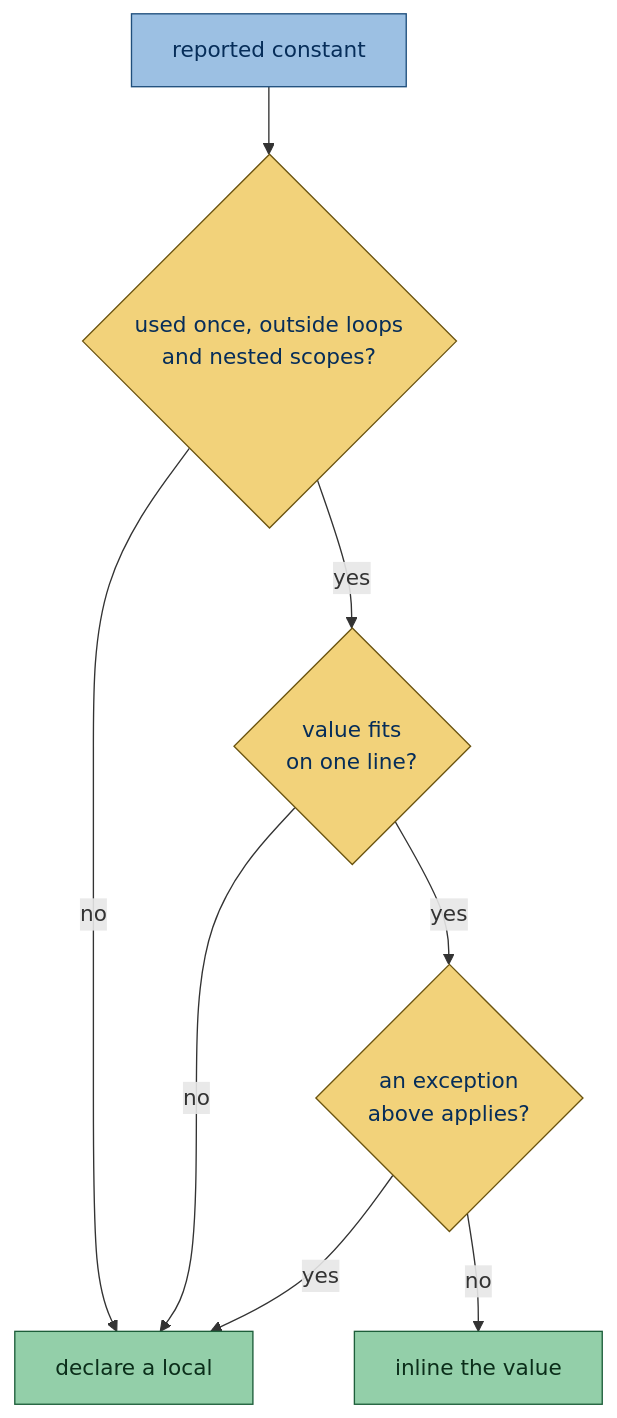
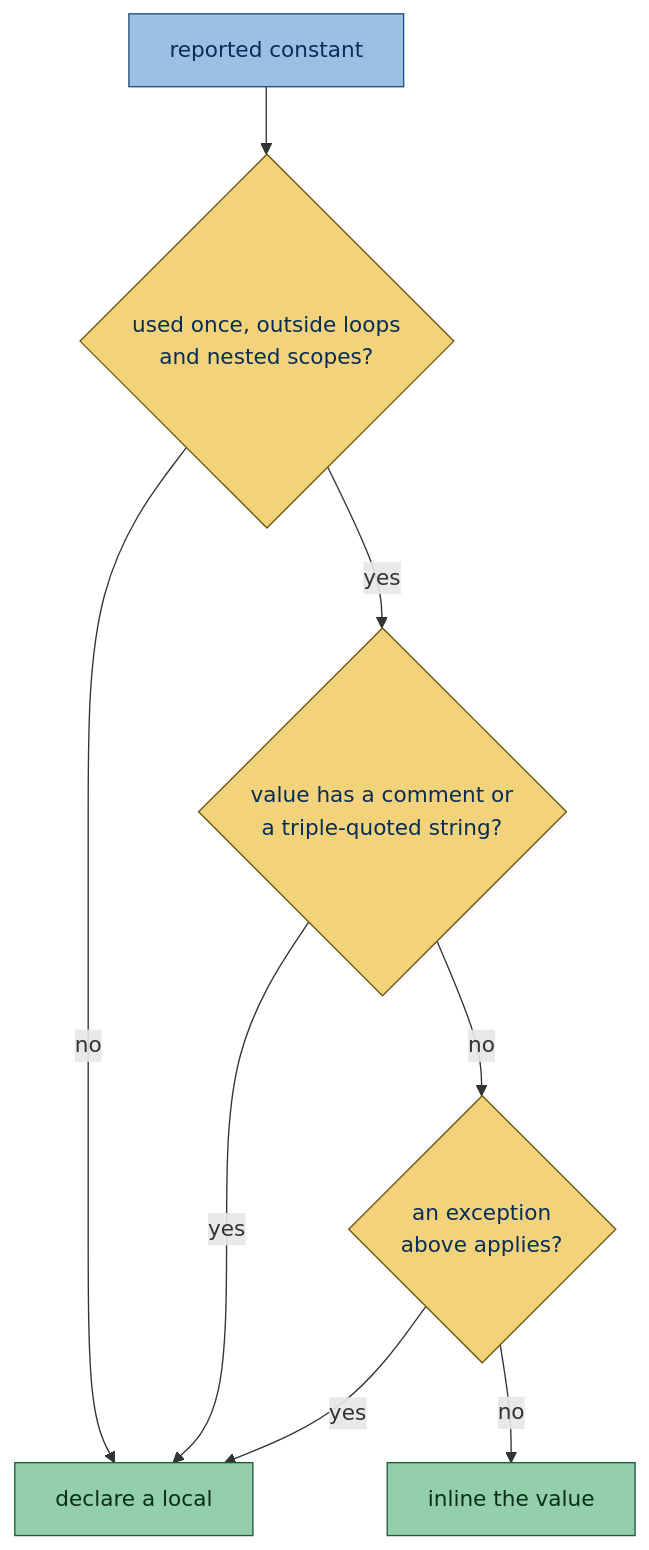
The second of 2 diagrams in src/rules/layout/single_user_constant.md (gaborbernat/simplint), drawn with Mermaid before and after one commit. The commit also changed other lines of this file and 492 other files, not shown here.

````diff
--- a/src/rules/layout/single_user_constant.md
+++ b/src/rules/layout/single_user_constant.md
@@ -329,18 +370,18 @@
 ```mermaid
 flowchart TD
     constant["reported constant"] --> once{"used once, outside loops<br/>and nested scopes?"}
     once -->|no| local["declare a local"]
-    once -->|yes| line{"value fits<br/>on one line?"}
-    line -->|no| local
-    line -->|yes| place{"an exception<br/>above applies?"}
+    once -->|yes| line{"value has a comment or<br/>a triple-quoted string?"}
+    line -->|yes| local
+    line -->|no| place{"an exception<br/>above applies?"}
     place -->|yes| local
     place -->|no| inline["inline the value"]
     classDef blue fill:#9cc0e3,stroke:#1f4f7d,color:#062d59
     classDef yellow fill:#f2d27a,stroke:#6b5410,color:#062d59
     classDef green fill:#93cfa9,stroke:#1d5e3a,color:#0b2e1a
     classDef teal fill:#8ccbc3,stroke:#145c55,color:#072b28
     classDef orange fill:#f0b48c,stroke:#8a3d12,color:#3d1606
     class constant blue
     class once,line,place yellow
     class local,inline green
 ```
````
